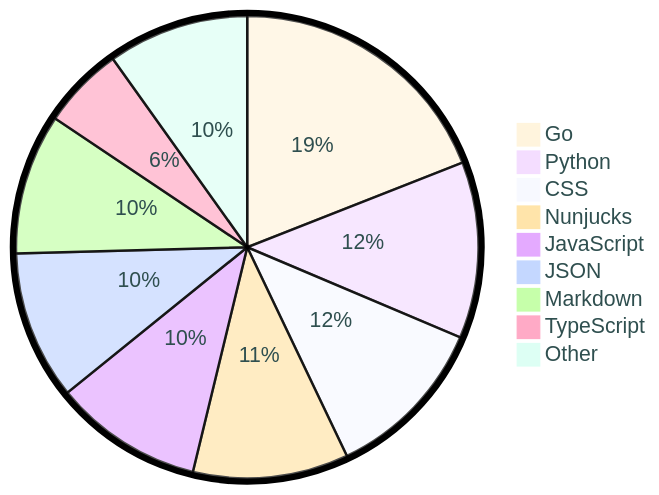
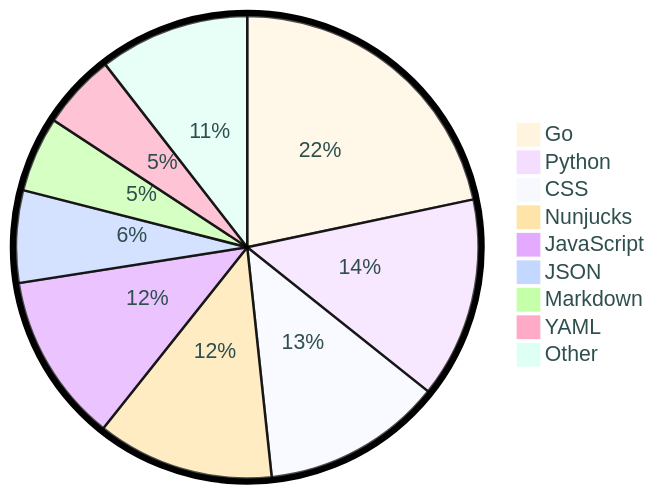
One commit to tot0p/tot0p changed the diagram in README.md. Above: the diagram before and after it, drawn with Mermaid. The commit also changed other lines of this file, not shown here.

````diff
--- a/README.md
+++ b/README.md
@@ -129,13 +129,13 @@
 ```mermaid
 %%{init: {"pie": {"textPosition": 0.5}, "themeVariables": {"pieOuterStrokeWidth": "5px","primaryTextColor" : "#2F4F4F"},"theme":"base"} }%%
 pie
-	"Go": 19.04
-	"Python": 12.33
-	"CSS": 11.54
-	"Nunjucks": 10.87
-	"JavaScript": 10.4
-	"JSON": 10.39
-	"Markdown": 9.83
-	"TypeScript": 5.74
-	"Other": 9.860000000000001
+	"Go": 21.68
+	"Python": 14.03
+	"CSS": 12.6
+	"Nunjucks": 12.38
+	"JavaScript": 11.83
+	"JSON": 6.45
+	"Markdown": 5.27
+	"YAML": 5.25
+	"Other": 10.51
 ```
````
